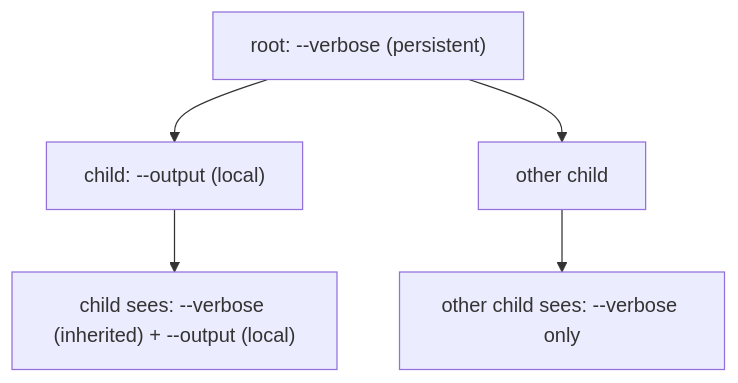
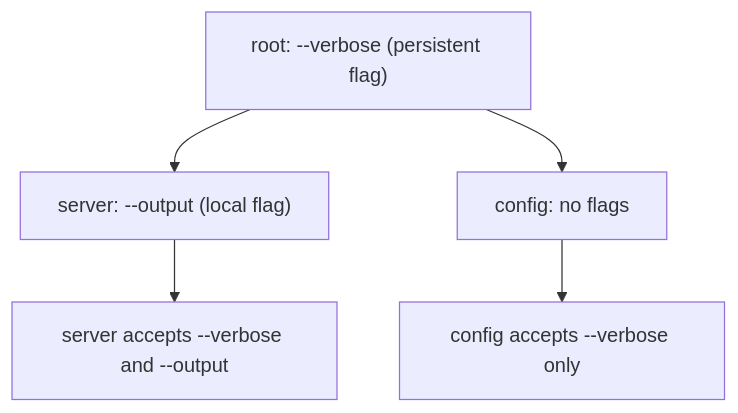
One commit to KeunwooPark/cluedoc changed the first of 4 diagrams in docs/examples/cobra/.cluedoc/flag-handling/README.md. Above: the diagram before and after it, drawn with Mermaid. The commit also changed other lines of this file and 22 other files, not shown here.

````diff
--- a/docs/examples/cobra/.cluedoc/flag-handling/README.md
+++ b/docs/examples/cobra/.cluedoc/flag-handling/README.md
@@ -10,7 +10,7 @@
 ```mermaid
 flowchart TD
-    R["root: --verbose (persistent)"] --> C["child: --output (local)"]
-    R --> C2["other child"]
-    C --> note["child sees: --verbose (inherited) + --output (local)"]
-    C2 --> note2["other child sees: --verbose only"]
+    R["root: --verbose (persistent flag)"] --> C["server: --output (local flag)"]
+    R --> C2["config: no flags"]
+    C --> V1["server accepts --verbose and --output"]
+    C2 --> V2["config accepts --verbose only"]
 ```
````
